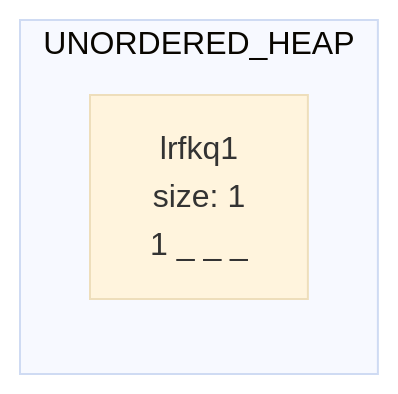
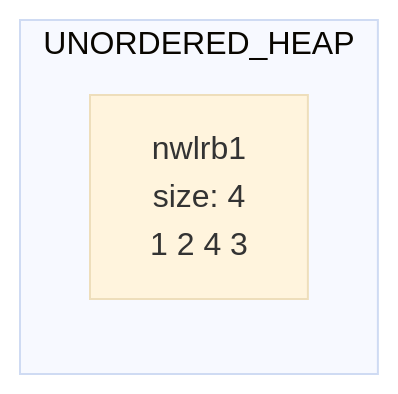
The second of 2 diagrams in data/chart.md (shiridikumar/phase1_dup), drawn with Mermaid (base theme) before and after one commit. The commit also changed other lines of this file and 60 other files, not shown here.

````diff
--- a/data/chart.md
+++ b/data/chart.md
@@ -7,6 +7,6 @@
 ```mermaid
 graph LR
 subgraph UNORDERED_HEAP
-lrfkq1[lrfkq1<br/>size: 1<br/>1 _ _ _ ]
+nwlrb1[nwlrb1<br/>size: 4<br/>1 2 4 3 ]
 end
 ```
````
